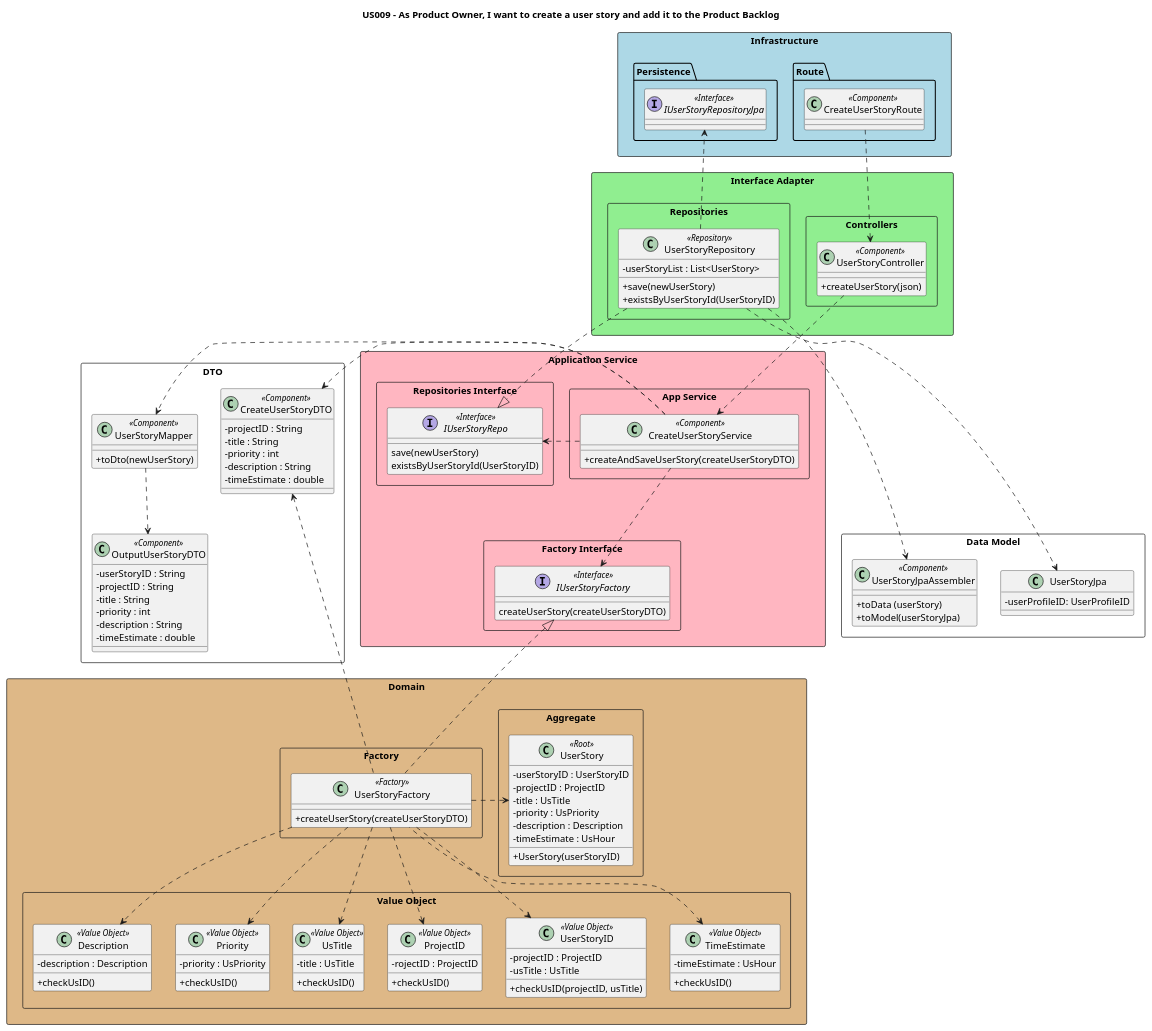
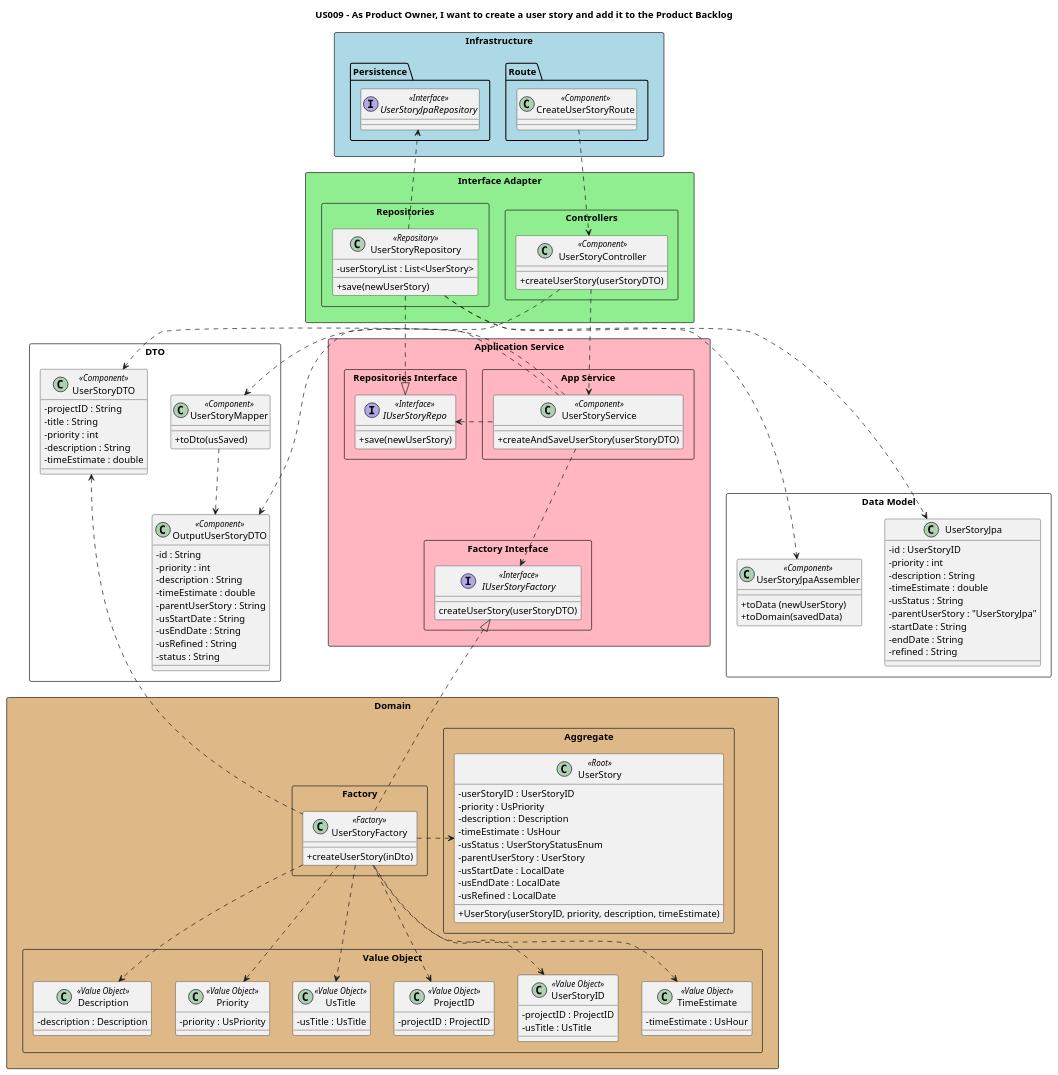
The diagram in docs/Sprint1/US009/US009-CD.puml (nunogon1211787/projectManagement), drawn with PlantUML before and after one commit. The commit also changed 49 other files, not shown here.

```diff
--- a/docs/Sprint1/US009/US009-CD.puml
+++ b/docs/Sprint1/US009/US009-CD.puml
@@ -1,159 +1,167 @@
 @startuml
 'https://plantuml.com/class-diagram
 
 'hide circle
 skinparam classAttributeIconSize 0
 
 title US009 - As Product Owner, I want to create a user story and add it to the Product Backlog
 
 skinparam classAttributeIconSize 0
 
 package "Infrastructure" <<Rectangle>> #lightblue  {
 package "Route" {
 class "CreateUserStoryRoute" as route << Component >>
 }
 
     package "Persistence" {
-    interface "IUserStoryRepositoryJpa" as jpa <<Interface>>
+    interface "UserStoryJpaRepository" as jpa <<Interface>>
     }
 }
 
 package "Interface Adapter" <<Rectangle>> #lightgreen {
 package "Controllers" <<Rectangle>>{
 class "UserStoryController" as ctrl << Component >> {
-+createUserStory(json)
++createUserStory(userStoryDTO)
 }
 }
 package "Repositories" <<Rectangle>>{
 class "UserStoryRepository" as store << Repository >> {
 -userStoryList : List<UserStory>
 + save(newUserStory)
-+ existsByUserStoryId(UserStoryID)
 }
 }
 }
 
 package "Application Service" <<Rectangle>> #lightpink{
 package "App Service" <<Rectangle>>{
-class "CreateUserStoryService" as service << Component >> {
-+createAndSaveUserStory(createUserStoryDTO)
+class "UserStoryService" as service << Component >> {
++createAndSaveUserStory(userStoryDTO)
 }
 }
 package "Repositories Interface" <<Rectangle>>{
 interface "IUserStoryRepo" as repo << Interface >>{
-save(newUserStory)
-existsByUserStoryId(UserStoryID)
++ save(newUserStory)
 }
 }
 package "Factory Interface" <<Rectangle>>{
 interface "IUserStoryFactory" as factoryInterface << Interface >>{
-createUserStory(createUserStoryDTO)
+createUserStory(userStoryDTO)
 }
 }
 }
 
 package "DTO" <<Rectangle>> {
 class "UserStoryMapper" as mapper << Component >> {
-+ toDto(newUserStory)
++ toDto(usSaved)
 }
 class "OutputUserStoryDTO" as outdto << Component >> {
-- userStoryID : String
-- projectID : String
-- title : String
+- id : String
 - priority : int
 - description : String
 - timeEstimate : double
+- parentUserStory : String
+- usStartDate : String
+- usEndDate : String
+- usRefined : String
+- status : String
 }
-class "CreateUserStoryDTO" as dto << Component >> {
+class "UserStoryDTO" as dto << Component >> {
 - projectID : String
 - title : String
 - priority : int
 - description : String
 - timeEstimate : double
 }
 }
 
 package "Domain" <<Rectangle>> #burlywood{
 package "Aggregate" <<Rectangle>>{
 class "UserStory" as userStory << Root >> {
 - userStoryID : UserStoryID
-- projectID : ProjectID
-- title : UsTitle
 - priority : UsPriority
 - description : Description
 - timeEstimate : UsHour
-+ UserStory(userStoryID)
+- usStatus : UserStoryStatusEnum
+- parentUserStory : UserStory
+- usStartDate : LocalDate
+- usEndDate : LocalDate
+- usRefined : LocalDate
++ UserStory(userStoryID, priority, description, timeEstimate)
 }
 }
 package "Factory" <<Rectangle>>{
 class "UserStoryFactory" as userStoryF << Factory >> {
-+createUserStory(createUserStoryDTO)
++createUserStory(inDto)
 }
 }
 package "Value Object" <<Rectangle>>{
 class "UserStoryID" as usID << Value Object >> {
 -projectID : ProjectID
 -usTitle : UsTitle
-+checkUsID(projectID, usTitle)
 }
 class "ProjectID" as projID << Value Object >> {
--rojectID : ProjectID
-+checkUsID()
+-projectID : ProjectID
 }
 class "UsTitle" as usTitle << Value Object >> {
-- title : UsTitle
-+checkUsID()
+- usTitle : UsTitle
 }
 class "Priority" as priority << Value Object >> {
 -priority : UsPriority
-+checkUsID()
 }
 class "Description" as desc << Value Object >> {
 -description : Description
-+checkUsID()
 }
 class "TimeEstimate" as time << Value Object >> {
 -timeEstimate : UsHour
-+checkUsID()
 }
 }
 }
 
   package "Data Model" <<Rectangle>>{
         class "UserStoryJpaAssembler" as assemblerjpa <<Component>> {
-        +toData (userStory)
-        +toModel(userStoryJpa)
+        +toData (newUserStory)
+        +toDomain(savedData)
         }
 
         class "UserStoryJpa" as USjpa {
-        -userProfileID: UserProfileID
+        - id : UserStoryID
+        - priority : int
+        - description : String
+        - timeEstimate : double
+        - usStatus : String
+        - parentUserStory : "UserStoryJpa"
+        - startDate : String
+        - endDate : String
+        - refined : String
         }
 
 
 
 
 
 route ..> ctrl
 ctrl..> service
+ctrl..up>outdto
 store..|> repo
 service .r.> mapper
 service .r.> dto
 mapper ..> outdto
 userStoryF .u.> dto
 service..> factoryInterface
 service..left> repo
 userStoryF..> usID
 userStoryF..>projID
 userStoryF..>usTitle
 userStoryF..>priority
 userStoryF..up>time
 userStoryF..>desc
 userStoryF..right>userStory
 userStoryF..up|>factoryInterface
 store ...> assemblerjpa
 store ...> USjpa
 store ..> jpa
 
 
 
+
 @enduml
```
